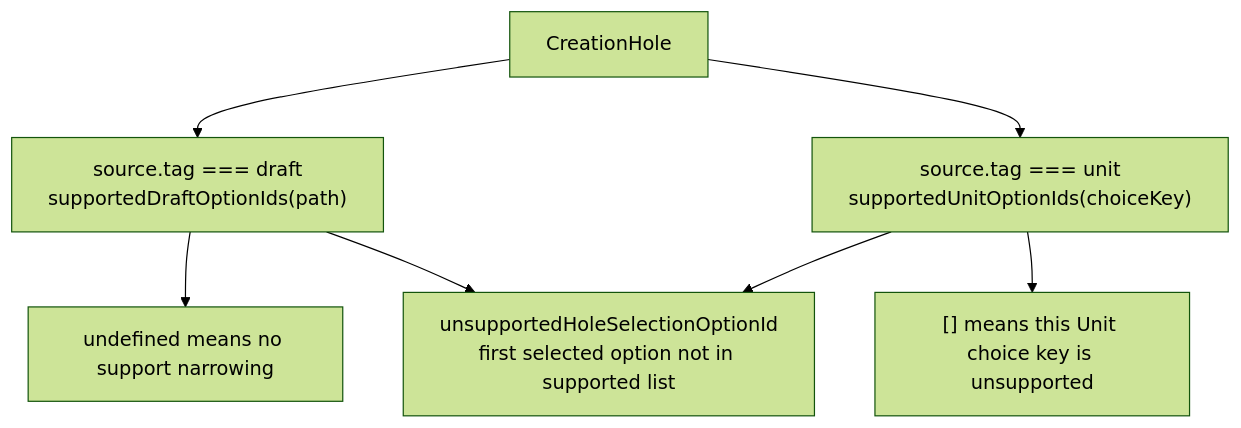
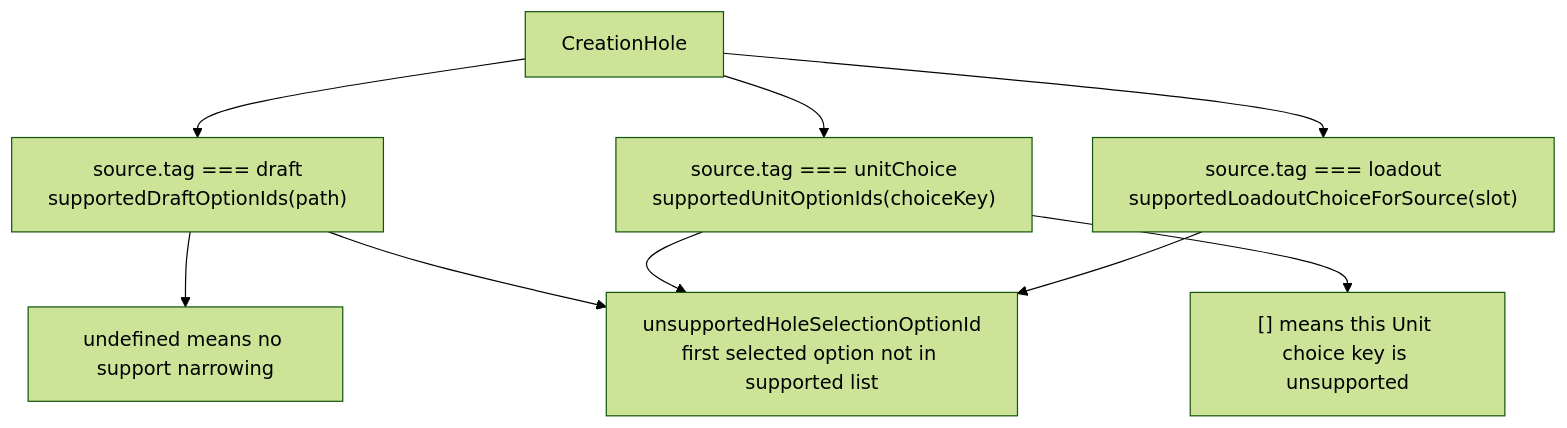
One commit to dearlordylord/5e-quint changed the tenth of 10 diagrams in packages/character-creation-runtime/EXPLANATORY_TIME_DIAGRAM.md. Above: the diagram before and after it, drawn with Mermaid (forest theme). The commit also changed other lines of this file and 25 other files, not shown here.

Commit message:
Split loadout source identity

````diff
--- a/packages/character-creation-runtime/EXPLANATORY_TIME_DIAGRAM.md
+++ b/packages/character-creation-runtime/EXPLANATORY_TIME_DIAGRAM.md
@@ -554,16 +557,19 @@
 ```mermaid
 flowchart TD
   Hole["CreationHole"]
   Draft["source.tag === draft<br/>supportedDraftOptionIds(path)"]
-  Unit["source.tag === unit<br/>supportedUnitOptionIds(choiceKey)"]
+  UnitChoice["source.tag === unitChoice<br/>supportedUnitOptionIds(choiceKey)"]
+  Loadout["source.tag === loadout<br/>supportedLoadoutChoiceForSource(slot)"]
   None["undefined means no support narrowing"]
   Empty["[] means this Unit choice key is unsupported"]
   Unsupported["unsupportedHoleSelectionOptionId<br/>first selected option not in supported list"]
 
   Hole --> Draft
-  Hole --> Unit
+  Hole --> UnitChoice
+  Hole --> Loadout
   Draft --> None
   Draft --> Unsupported
-  Unit --> Empty
-  Unit --> Unsupported
+  UnitChoice --> Empty
+  UnitChoice --> Unsupported
+  Loadout --> Unsupported
 ```
````
